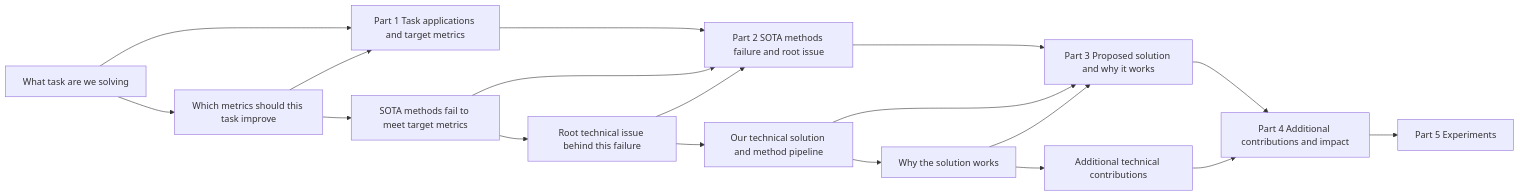
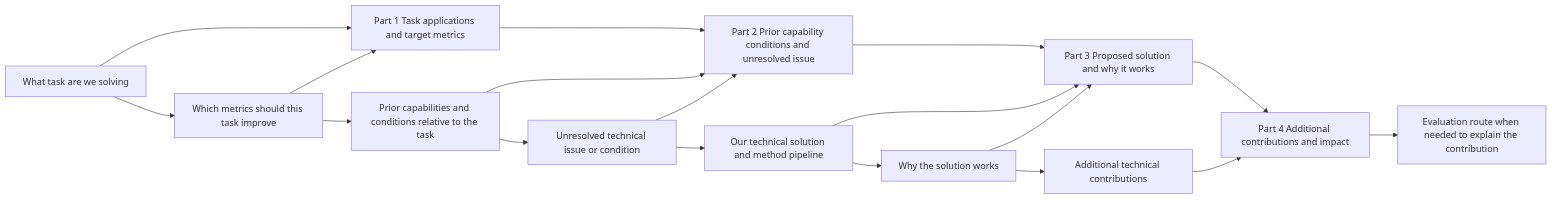
One commit to zyanzhi90-dot/academic-writing-skill changed the diagram in skill-candidate/nature-writing/references/introduction.md. Above: the diagram before and after it, drawn with Mermaid. The commit also changed other lines of this file and 10 other files, not shown here.

````diff
--- a/skill-candidate/nature-writing/references/introduction.md
+++ b/skill-candidate/nature-writing/references/introduction.md
@@ -26,36 +35,36 @@
 ```mermaid
 graph LR
   L1[What task are we solving]
   L2[Which metrics should this task improve]
-  L3[SOTA methods fail to meet target metrics]
-  L4[Root technical issue behind this failure]
+  L3[Prior capabilities and conditions relative to the task]
+  L4[Unresolved technical issue or condition]
   L5[Our technical solution and method pipeline]
   L6[Why the solution works]
   L7[Additional technical contributions]
 
   R1[Part 1 Task applications and target metrics]
-  R2[Part 2 SOTA methods failure and root issue]
+  R2[Part 2 Prior capability conditions and unresolved issue]
   R3[Part 3 Proposed solution and why it works]
   R4[Part 4 Additional contributions and impact]
-  R5[Part 5 Experiments]
+  R5[Evaluation route when needed to explain the contribution]
 
   L1 --> L2
   L2 --> L3
   L3 --> L4
   L4 --> L5
   L5 --> L6
   L6 --> L7
 
   R1 --> R2
   R2 --> R3
   R3 --> R4
   R4 --> R5
 
   L1 --> R1
   L2 --> R1
   L3 --> R2
   L4 --> R2
   L5 --> R3
   L6 --> R3
   L7 --> R4
 ```
````
